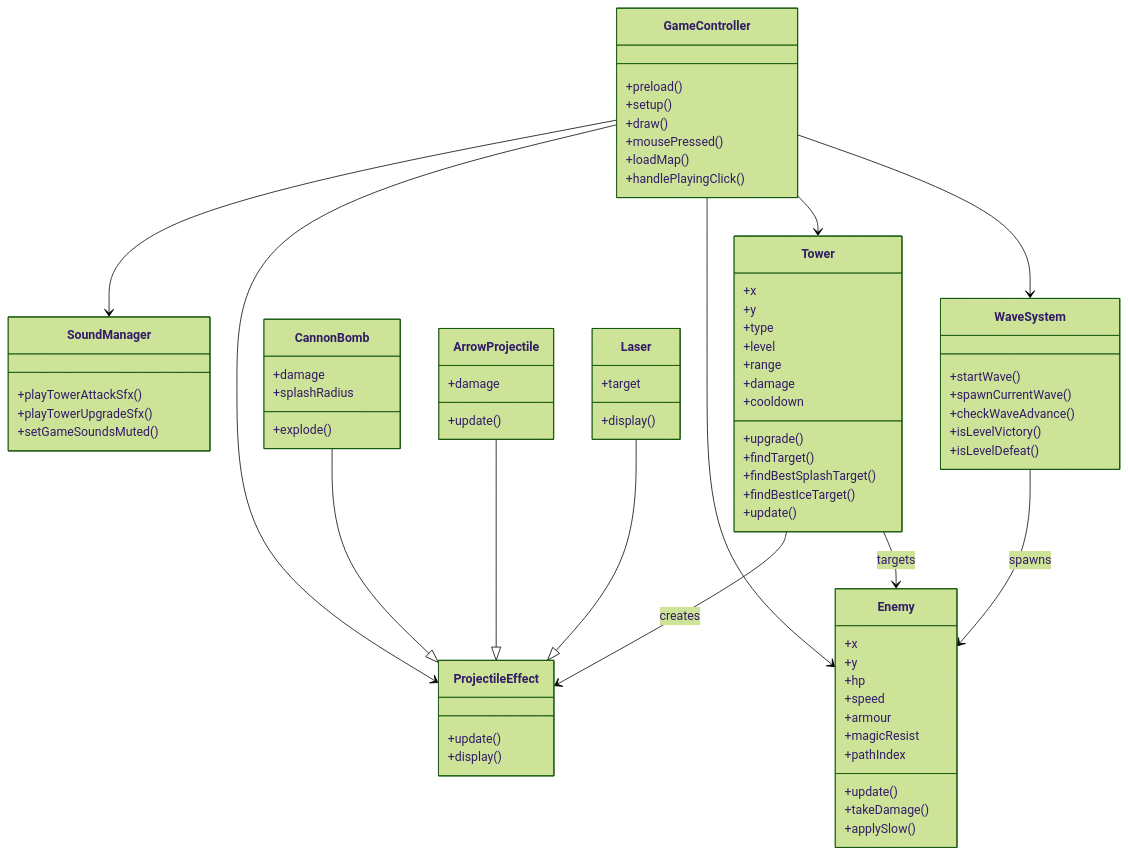
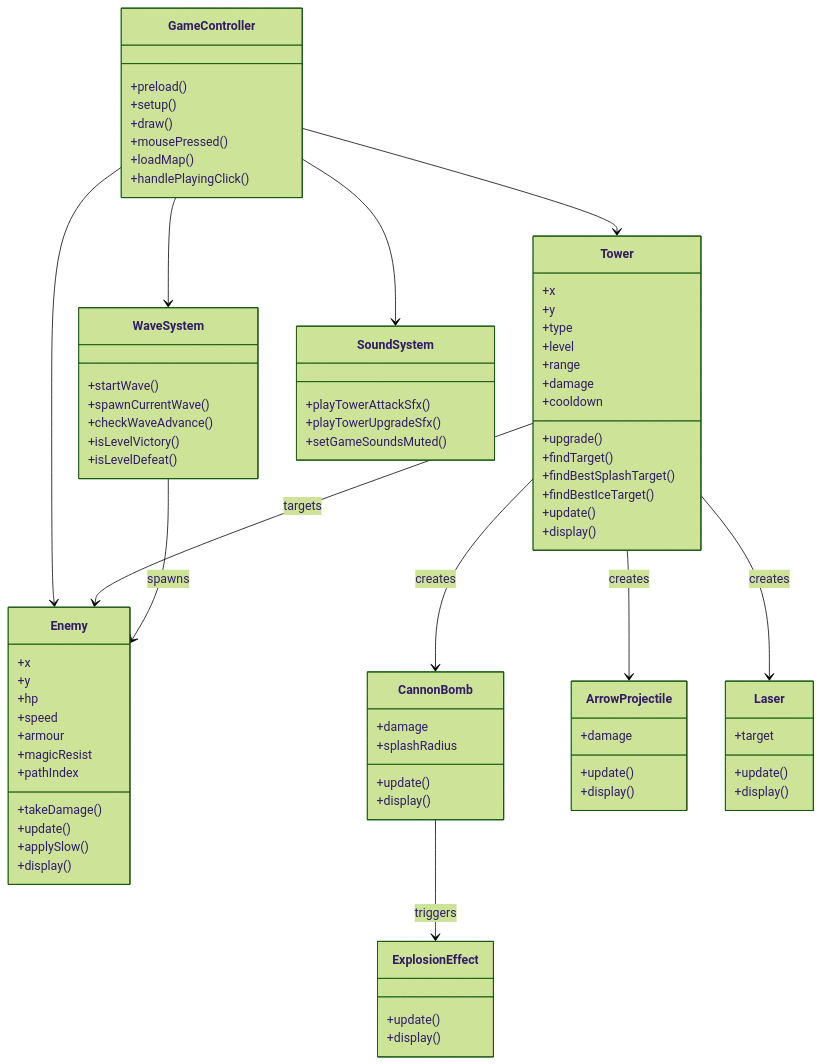
The diagram in README.md (UoB-COMSM0166/2026-group-11), drawn with Mermaid (forest theme) before and after one commit. The commit also changed other lines of this file, not shown here.

````diff
--- a/README.md
+++ b/README.md
@@ -241,6 +247,7 @@
         +findBestSplashTarget()
         +findBestIceTarget()
         +update()
+        +display()
     }
 
     class Enemy {
@@ -251,9 +258,34 @@
         +armour
         +magicResist
         +pathIndex
+        +takeDamage()
         +update()
-        +takeDamage()
         +applySlow()
+        +display()
+    }
+
+    class CannonBomb {
+        +damage
+        +splashRadius
+        +update()
+        +display()
+    }
+
+    class ArrowProjectile {
+        +damage
+        +update()
+        +display()
+    }
+
+    class Laser {
+        +target
+        +update()
+        +display()
+    }
+
+    class ExplosionEffect {
+        +update()
+        +display()
     }
 
     class WaveSystem {
@@ -264,42 +296,20 @@
         +isLevelDefeat()
     }
 
-    class ProjectileEffect {
-        +update()
-        +display()
-    }
-
-    class CannonBomb {
-        +damage
-        +splashRadius
-        +explode()
-    }
-
-    class ArrowProjectile {
-        +damage
-        +update()
-    }
-
-    class Laser {
-        +target
-        +display()
-    }
-
-    class SoundManager {
+    class SoundSystem {
         +playTowerAttackSfx()
         +playTowerUpgradeSfx()
         +setGameSoundsMuted()
     }
 
-    GameController --> WaveSystem
     GameController --> Tower
     GameController --> Enemy
-    GameController --> ProjectileEffect
+    GameController --> WaveSystem
+    GameController --> SoundSystem
     Tower --> Enemy : targets
-    Tower --> ProjectileEffect : creates
+    Tower --> ArrowProjectile : creates
+    Tower --> CannonBomb : creates
+    Tower --> Laser : creates
+    CannonBomb --> ExplosionEffect : triggers
     WaveSystem --> Enemy : spawns
-    CannonBomb --|> ProjectileEffect
-    ArrowProjectile --|> ProjectileEffect
-    Laser --|> ProjectileEffect
-    GameController --> SoundManager
 ```
````
